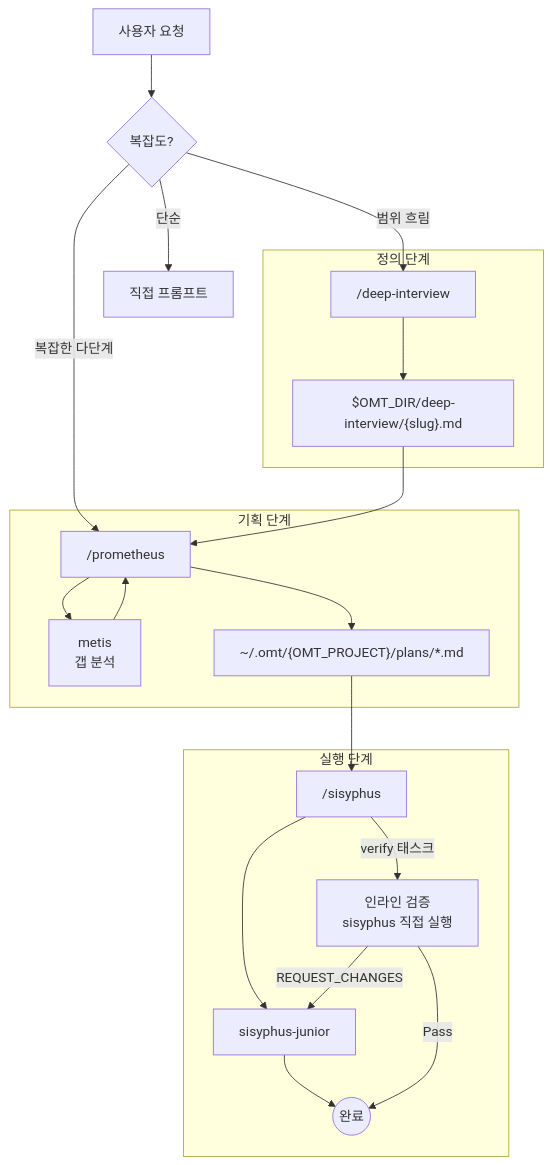
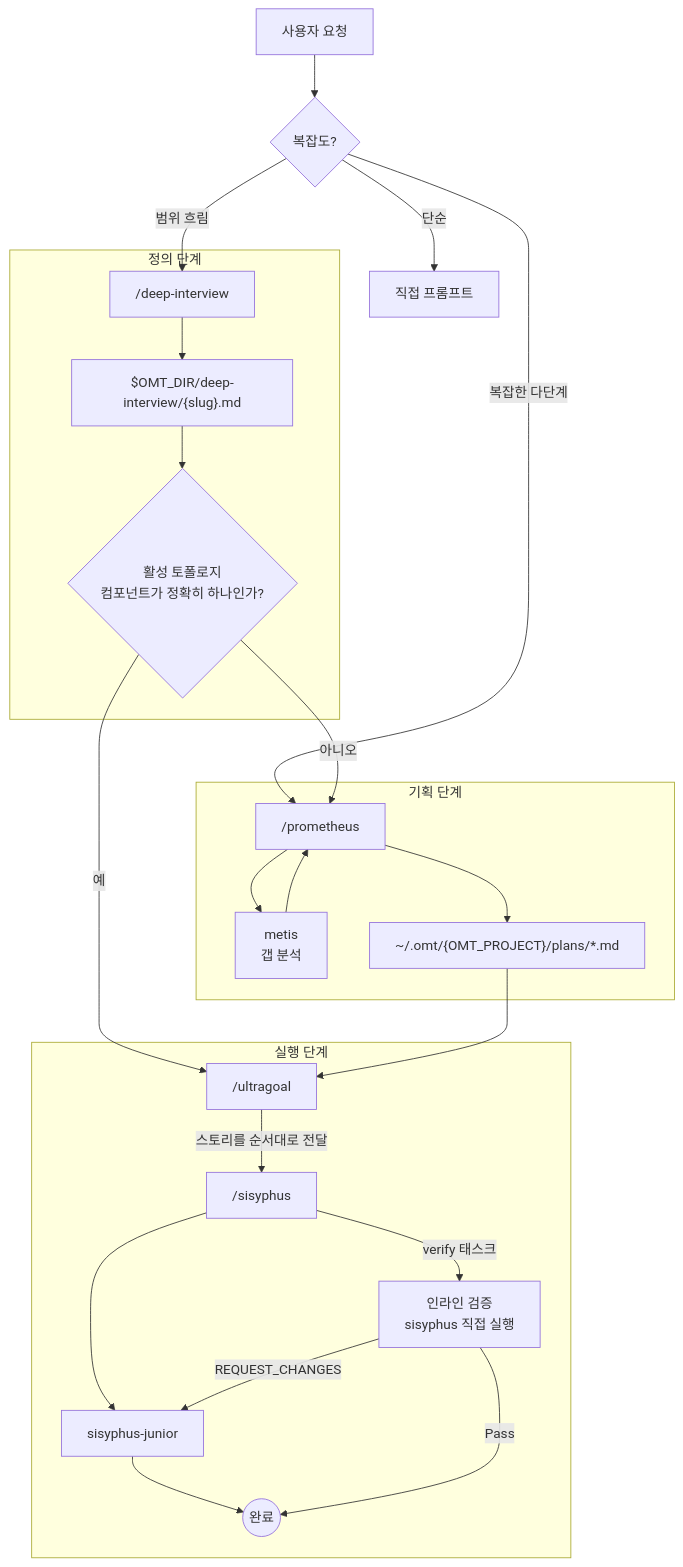
The diagram in docs/ORCHESTRATION.md (toongri/oh-my-toong-playground), drawn with Mermaid before and after one commit. The commit also changed other lines of this file and 5 other files, not shown here.

````diff
--- a/docs/ORCHESTRATION.md
+++ b/docs/ORCHESTRATION.md
@@ -50,28 +51,31 @@
 ```mermaid
 flowchart TD
     User[사용자 요청] --> Decision{복잡도?}
 
     Decision -->|단순| Direct[직접 프롬프트]
     Decision -->|범위 흐림| DeepInterview["/deep-interview"]
     Decision -->|복잡한 다단계| Prometheus
 
     subgraph 정의 단계
         DeepInterview --> SpecFile["$OMT_DIR/deep-interview/{slug}.md"]
+        SpecFile --> Route{활성 토폴로지<br/>컴포넌트가 정확히 하나인가?}
     end
 
     subgraph 기획 단계
-        SpecFile --> Prometheus["/prometheus"]
+        Route -->|아니오| Prometheus["/prometheus"]
         Prometheus --> Metis[metis<br/>갭 분석]
         Metis --> Prometheus
         Prometheus --> PlanFile["~/.omt/{OMT_PROJECT}/plans/*.md"]
     end
 
     subgraph 실행 단계
-        PlanFile --> Sisyphus["/sisyphus"]
+        Route -->|예| Ultragoal["/ultragoal"]
+        PlanFile --> Ultragoal
+        Ultragoal -->|스토리를 순서대로 전달| Sisyphus["/sisyphus"]
         Sisyphus --> Junior[sisyphus-junior]
         Junior --> Done((완료))
         Sisyphus -->|verify 태스크| QA[인라인 검증<br/>sisyphus 직접 실행]
         QA -->|Pass| Done
         QA -->|REQUEST_CHANGES| Junior
     end
 ```
````
